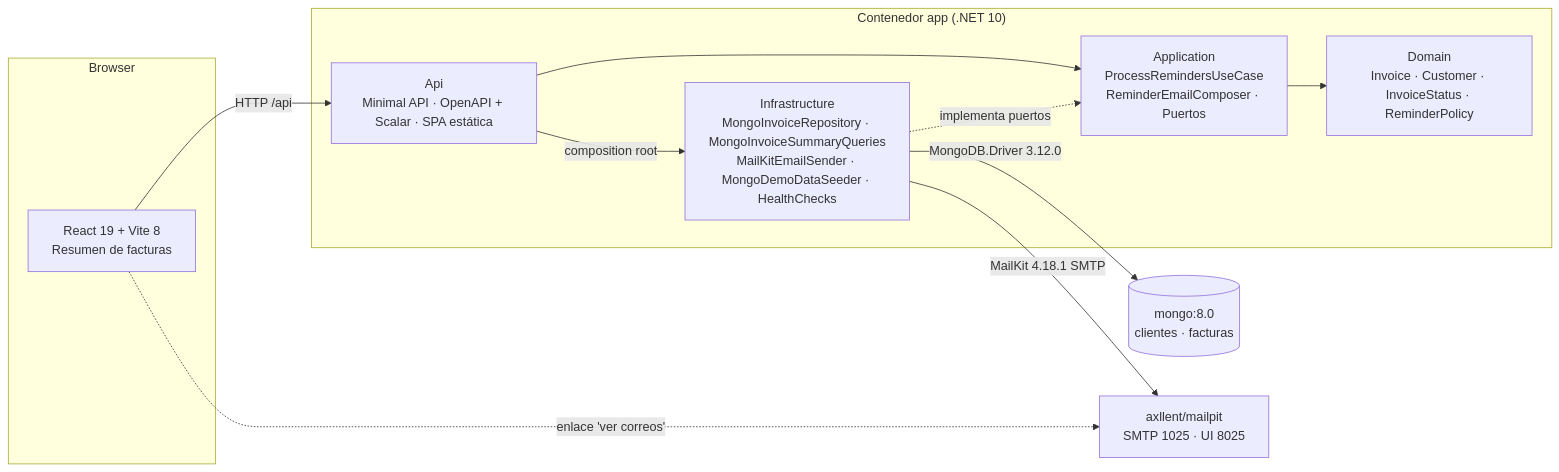
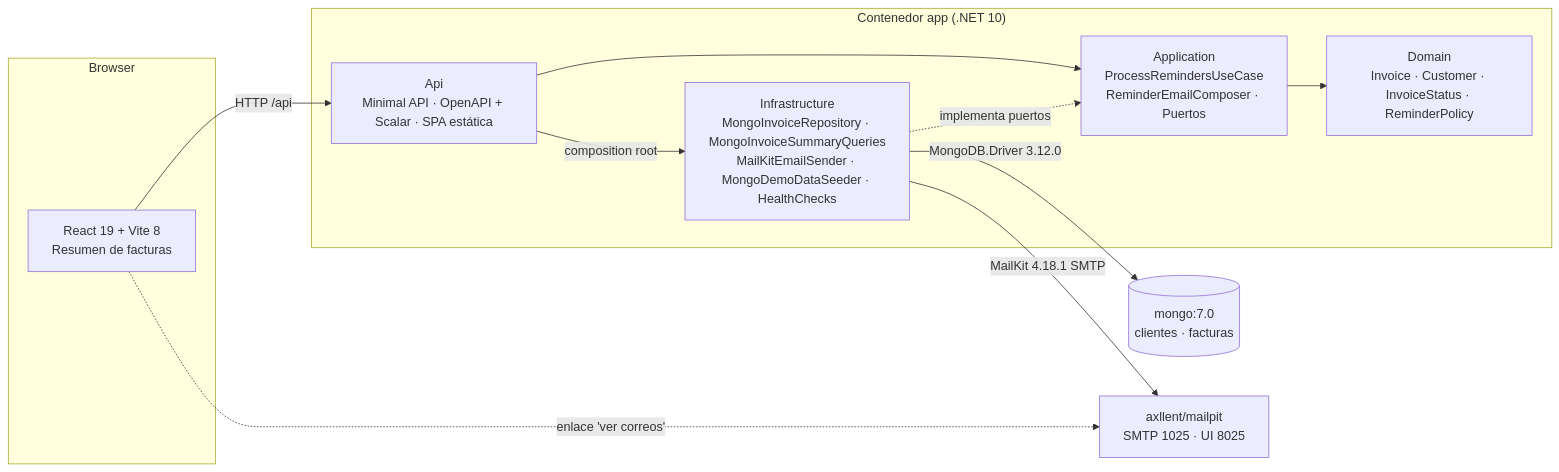
Before and after one commit to JulianContreras02/invoice-reminders: the first of 3 diagrams in docs/ARQUITECTURA.md, drawn with Mermaid. The commit also changed other lines of this file and 8 other files, not shown here.

````diff
--- a/docs/ARQUITECTURA.md
+++ b/docs/ARQUITECTURA.md
@@ -30,23 +30,23 @@
 ```mermaid
 flowchart LR
   subgraph Browser
     UI[React 19 + Vite 8<br/>Resumen de facturas]
   end
   subgraph app["Contenedor app (.NET 10)"]
     API[Api<br/>Minimal API · OpenAPI + Scalar · SPA estática]
     APP[Application<br/>ProcessRemindersUseCase<br/>ReminderEmailComposer · Puertos]
     DOM[Domain<br/>Invoice · Customer · InvoiceStatus · ReminderPolicy]
     INF[Infrastructure<br/>MongoInvoiceRepository · MongoInvoiceSummaryQueries<br/>MailKitEmailSender · MongoDemoDataSeeder · HealthChecks]
   end
-  MONGO[(mongo:8.0<br/>clientes · facturas)]
+  MONGO[(mongo:7.0<br/>clientes · facturas)]
   MAIL[axllent/mailpit<br/>SMTP 1025 · UI 8025]
 
   UI -- "HTTP /api" --> API
   API --> APP
   APP --> DOM
   INF -. implementa puertos .-> APP
   API -- "composition root" --> INF
   INF -- "MongoDB.Driver 3.12.0" --> MONGO
   INF -- "MailKit 4.18.1 SMTP" --> MAIL
   UI -. "enlace 'ver correos'" .-> MAIL
 ```
````
